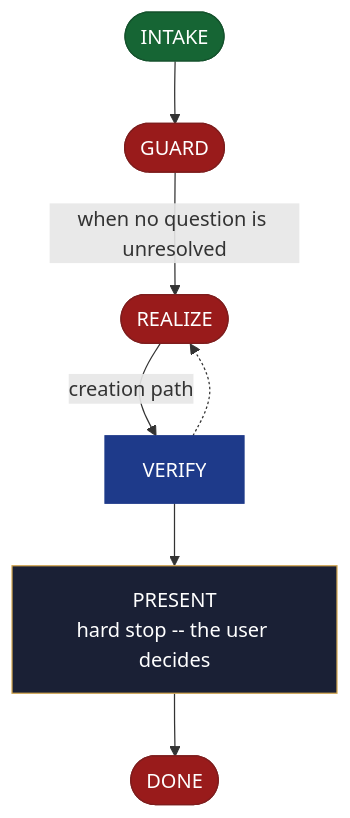
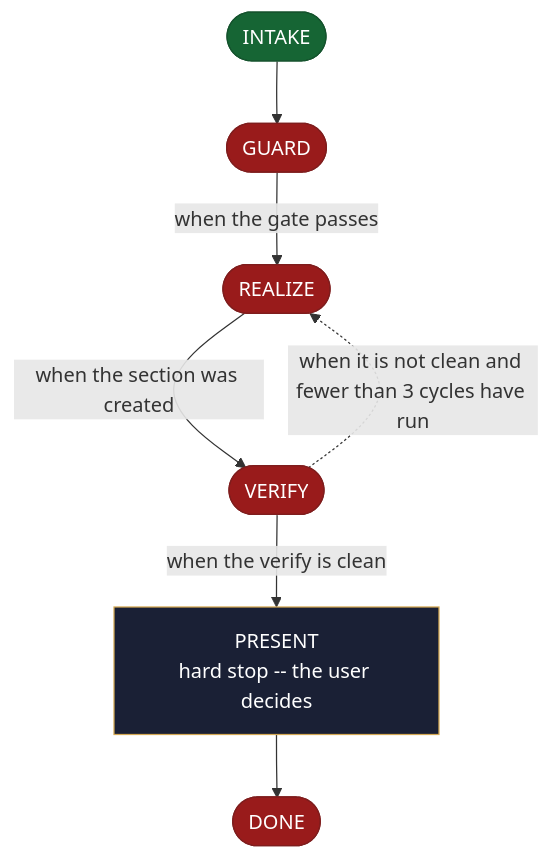
Before and after one commit to AndreVianna/aid-methodology: the diagram in site/src/content/docs/skills/aid-create-mvp.md, drawn with Mermaid. The commit also changed other lines of this file and 258 other files, not shown here.

````diff
--- a/site/src/content/docs/skills/aid-create-mvp.md
+++ b/site/src/content/docs/skills/aid-create-mvp.md
@@ -20,33 +20,33 @@
 ```mermaid
 flowchart TB
   classDef aidNode color:#fff
   classDef aidEntry fill:#166534,stroke:#14532d,color:#fff
   classDef aidExit fill:#991b1b,stroke:#7f1d1d,color:#fff
   classDef aidDecision fill:#92400e,stroke:#78350f,color:#fff
   classDef aidLoopBack fill:#1e3a8a,stroke:#1e3a8a,color:#fff
   classDef aidStep fill:#1a2035,stroke:#d4a853,color:#f1f5f9
   n1(["INTAKE"])
   n2(["GUARD"])
   n3(["REALIZE"])
-  n4["VERIFY"]
+  n4(["VERIFY"])
   n5["PRESENT<br/>hard stop -- the user decides"]
   n6(["DONE"])
   n1 --> n2
-  n2 -->|"when no question is unresolved"| n3
-  n3 -->|"creation path"| n4
-  n4 -.-> n3
-  n4 --> n5
+  n2 -->|"when the gate passes"| n3
+  n3 -->|"when the section was created"| n4
+  n4 -. "when it is not clean and fewer than 3 cycles have run" .-> n3
+  n4 -->|"when the verify is clean"| n5
   n5 --> n6
   class n1 aidEntry
   class n2 aidExit
   class n3 aidExit
-  class n4 aidLoopBack
+  class n4 aidExit
   class n5 aidStep
   class n6 aidExit
   class n1 aidNode
   class n2 aidNode
   class n3 aidNode
   class n4 aidNode
   class n5 aidNode
   class n6 aidNode
 ```
````
